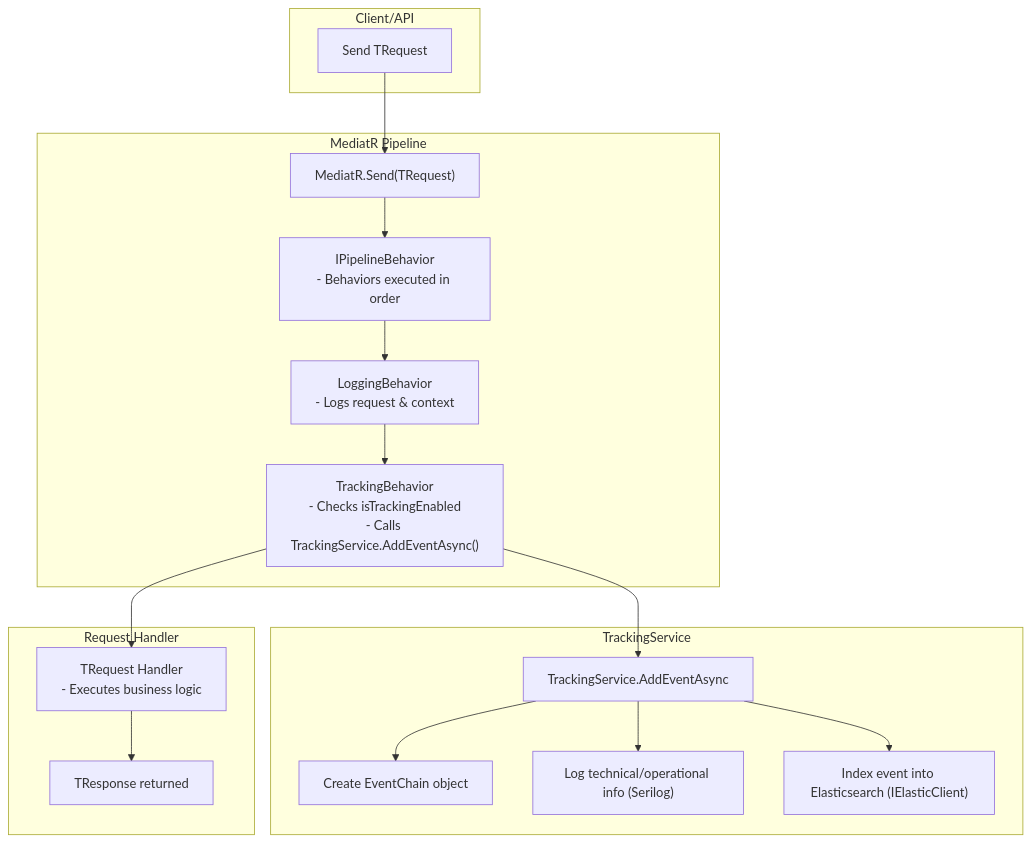
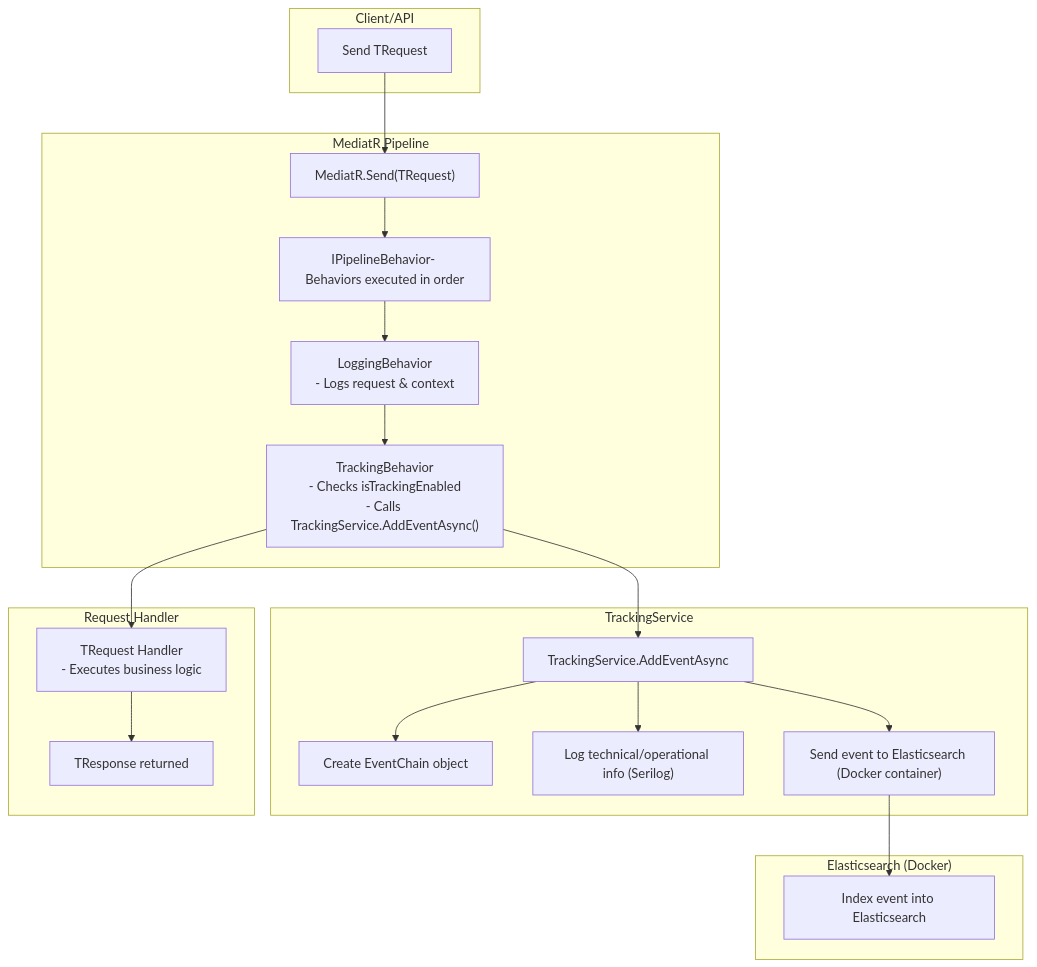
Before and after one commit to jikikambi/Code-Challenges: the third of 3 diagrams in README.md, drawn with Mermaid. The commit also changed other lines of this file, not shown here.

````diff
--- a/README.md
+++ b/README.md
@@ -186,42 +299,46 @@
 ```mermaid
-
 %% Define lanes
 %% Each lane represents a component or responsibility
-%% Client/API, MediatR Pipeline, TrackingService, Handler
+%% Client/API, MediatR Pipeline, TrackingService, Elasticsearch (Docker), Handler
 
 flowchart TD
     subgraph CLIENT_API [Client/API]
         A[Send TRequest] 
     end
 
     subgraph MEDIATR ["MediatR Pipeline"]
         B["MediatR.Send(TRequest)"]
-        C["IPipelineBehavior<TRequest, TResponse><br>- Behaviors executed in order"]
+        C["IPipelineBehavior<TRequest, TResponse]<br>- Behaviors executed in order"]
         D["LoggingBehavior<br>- Logs request & context"]
         E["TrackingBehavior<br>- Checks isTrackingEnabled<br>- Calls TrackingService.AddEventAsync()"]
     end
 
     subgraph TRACKING ["TrackingService"]
         F["TrackingService.AddEventAsync<TRequest, TInput>"]
         G["Create EventChain object"]
         H["Log technical/operational info (Serilog)"]
-        I["Index event into Elasticsearch (IElasticClient)"]
+        I["Send event to Elasticsearch (Docker container)"]
+    end
+
+    subgraph ELASTIC ["Elasticsearch (Docker)"]
+        L["Index event into Elasticsearch"]
     end
 
     subgraph HANDLER ["Request Handler"]
         J["TRequest Handler<br>- Executes business logic"]
         K["TResponse returned"]
     end
 
     %% Connect flow
     A --> B
     B --> C
     C --> D
     D --> E
     E --> F
     F --> G
     F --> H
     F --> I
+    I --> L
     E --> J
     J --> K
 ```
````
